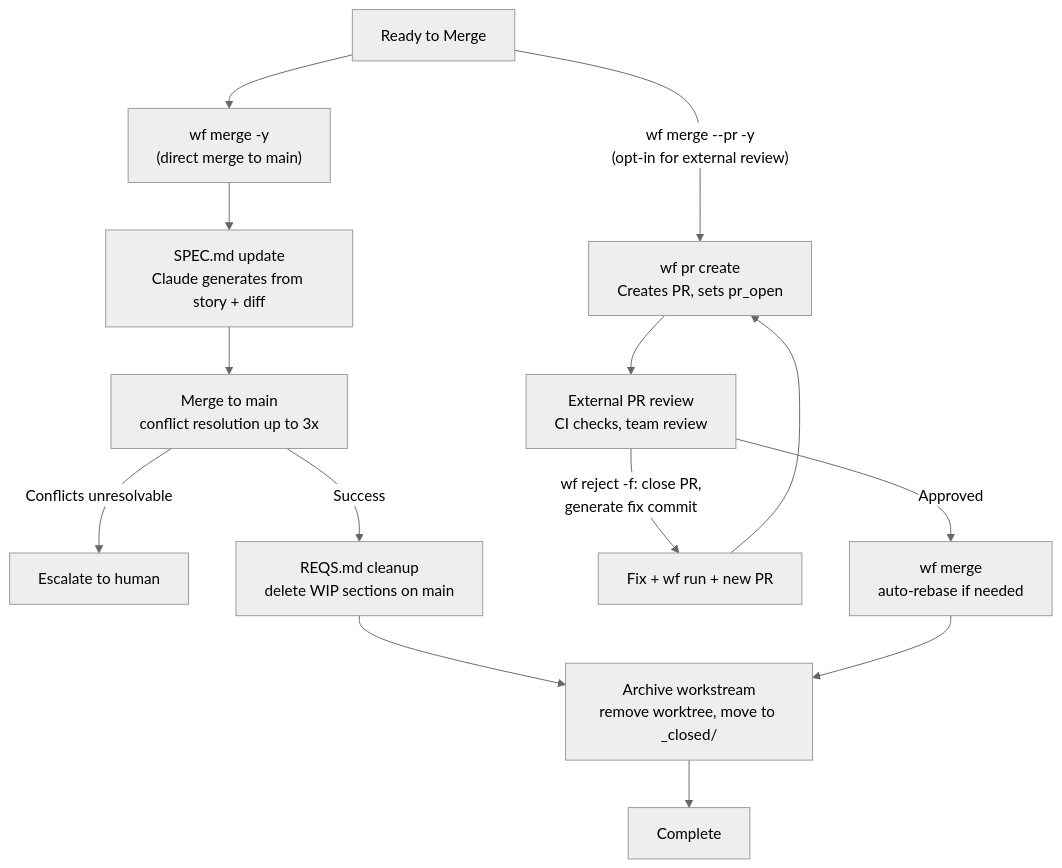
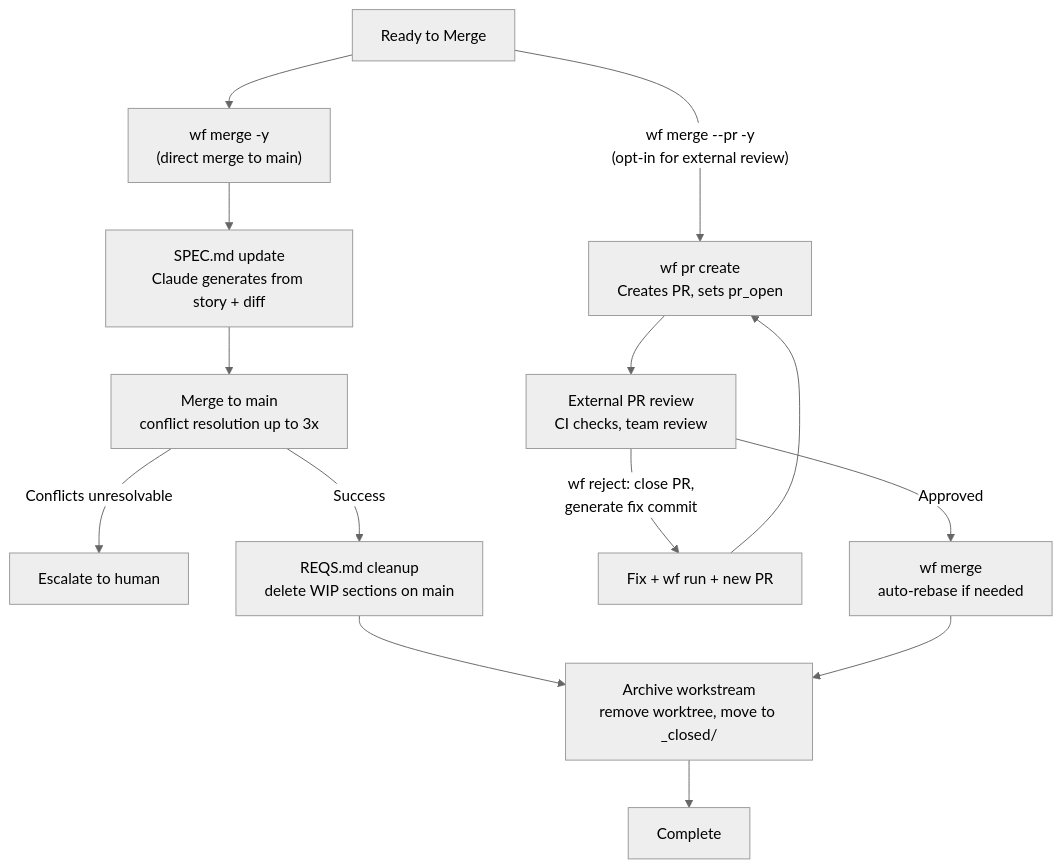
The fifth of 11 diagrams in docs/WF.md (codr1/hashd-code), drawn with Mermaid (neutral theme) before and after one commit. The commit also changed other lines of this file and 6 other files, not shown here.

````diff
--- a/docs/WF.md
+++ b/docs/WF.md
@@ -230,17 +293,17 @@
 ```mermaid
 flowchart TD
     READY[Ready to Merge] --> DEFAULT["wf merge -y\n(direct merge to main)"]
     DEFAULT --> SPEC[SPEC.md update\nClaude generates from story + diff]
     SPEC --> MERGE_MAIN[Merge to main\nconflict resolution up to 3x]
     MERGE_MAIN -->|Conflicts unresolvable| HITL[Escalate to human]
     MERGE_MAIN -->|Success| REQS[REQS.md cleanup\ndelete WIP sections on main]
     REQS --> ARCHIVE
 
     READY -->|"wf merge --pr -y\n(opt-in for external review)"| PR_CREATE["wf pr create\nCreates PR, sets pr_open"]
     PR_CREATE --> EXTERNAL[External PR review\nCI checks, team review]
-    EXTERNAL -->|"wf reject -f: close PR,\ngenerate fix commit"| FIX[Fix + wf run + new PR] --> PR_CREATE
+    EXTERNAL -->|"wf reject: close PR,\ngenerate fix commit"| FIX[Fix + wf run + new PR] --> PR_CREATE
     EXTERNAL -->|Approved| PR_MERGE["wf merge\nauto-rebase if needed"]
     PR_MERGE --> ARCHIVE
 
     ARCHIVE[Archive workstream\nremove worktree, move to _closed/] --> COMPLETE[Complete]
 ```
````
